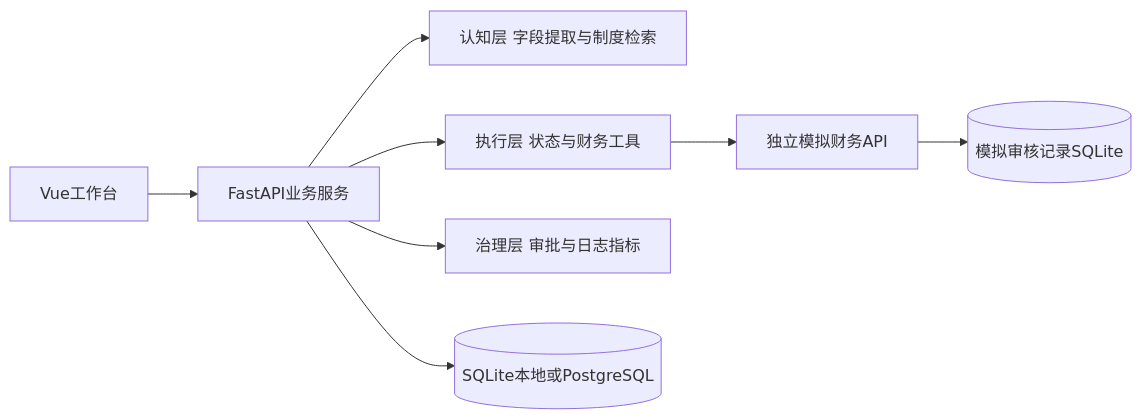
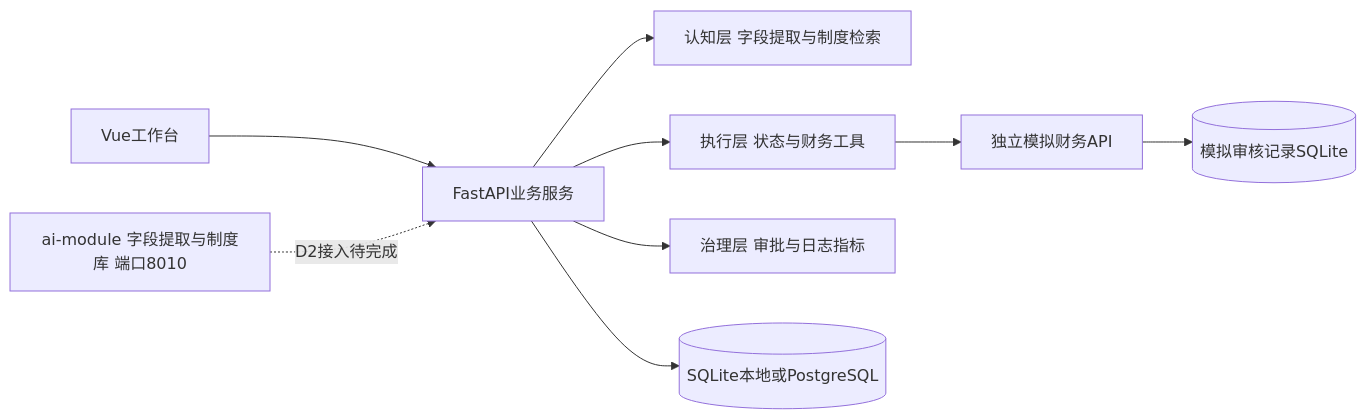
The diagram in docs/ARCHITECTURE.md (Y1nanLuu/digital-employee-system), drawn with Mermaid before and after one commit. The commit also changed other lines of this file and 6 other files, not shown here.

````diff
--- a/docs/ARCHITECTURE.md
+++ b/docs/ARCHITECTURE.md
@@ -3,10 +3,11 @@
 ```mermaid
 flowchart LR
  U[Vue工作台] --> B[FastAPI业务服务]
  B --> C[认知层 字段提取与制度检索]
  B --> E[执行层 状态与财务工具]
  B --> G[治理层 审批与日志指标]
  E --> F[独立模拟财务API]
  B --> D[(SQLite本地或PostgreSQL)]
  F --> R[(模拟审核记录SQLite)]
+ A[ai-module 字段提取与制度库 端口8010] -.D2接入待完成.-> B
 ```
````
